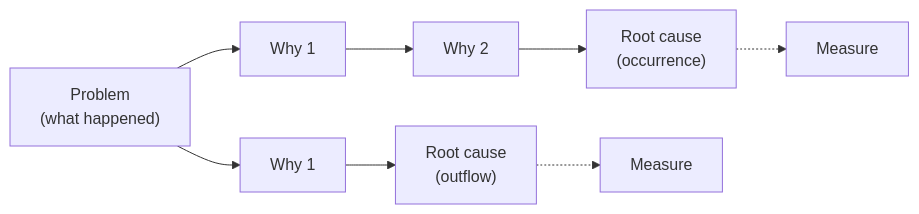
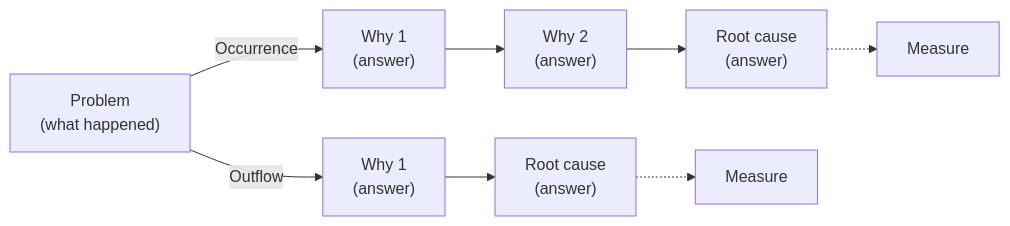
One commit to GoodRelax/gr-whiteboard changed the diagram in skills/five-whys/data/chart-en.mmd. Above: the diagram before and after it, drawn with Mermaid. The commit also changed 17 other files, not shown here.

```diff
--- a/skills/five-whys/data/chart-en.mmd
+++ b/skills/five-whys/data/chart-en.mmd
@@ -1,4 +1,4 @@
 flowchart LR
     P["Problem<br/>(what happened)"]
-    P --> A1["Why 1"] --> A2["Why 2"] --> A3["Root cause<br/>(occurrence)"] -.-> A4["Measure"]
-    P --> B1["Why 1"] --> B2["Root cause<br/>(outflow)"] -.-> B3["Measure"]
+    P -->|Occurrence| A1["Why 1<br/>(answer)"] --> A2["Why 2<br/>(answer)"] --> A3["Root cause<br/>(answer)"] -.-> A4["Measure"]
+    P -->|Outflow| B1["Why 1<br/>(answer)"] --> B2["Root cause<br/>(answer)"] -.-> B3["Measure"]
```
